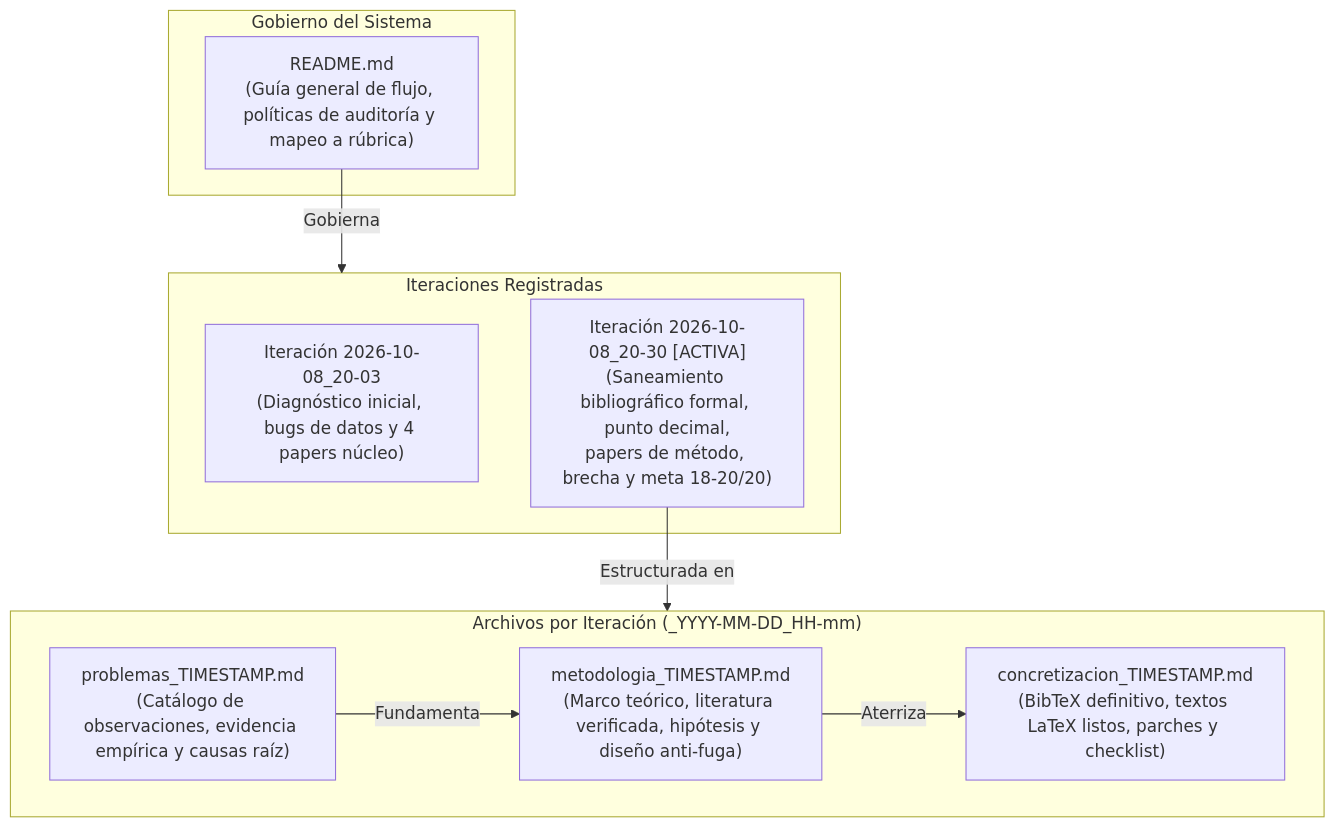
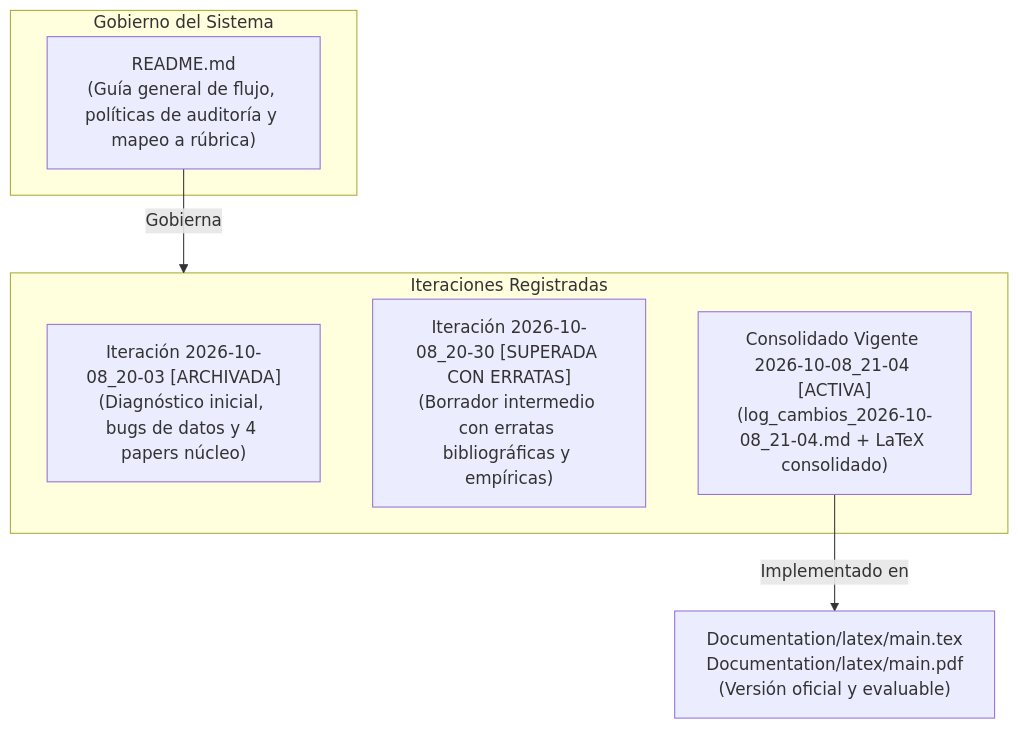
The diagram in Documentation/Observaciones a levantar/README.md (Ga3lAE/IA-Tarea-Academica), drawn with Mermaid before and after one commit. The commit also changed other lines of this file and 3 other files, not shown here.

````diff
--- a/Documentation/Observaciones a levantar/README.md
+++ b/Documentation/Observaciones a levantar/README.md
@@ -11,22 +11,15 @@
 ```mermaid
 flowchart TD
     subgraph Marco["Gobierno del Sistema"]
         R["README.md\n(Guía general de flujo, políticas de auditoría y mapeo a rúbrica)"]
     end
 
     subgraph Historial["Iteraciones Registradas"]
-        I1["Iteración 2026-10-08_20-03\n(Diagnóstico inicial, bugs de datos y 4 papers núcleo)"]
-        I2["Iteración 2026-10-08_20-30 [ACTIVA]\n(Saneamiento bibliográfico formal, punto decimal,\npapers de método, brecha y meta 18-20/20)"]
-    end
-
-    subgraph Componentes["Archivos por Iteración (_YYYY-MM-DD_HH-mm)"]
-        P["problemas_TIMESTAMP.md\n(Catálogo de observaciones, evidencia empírica y causas raíz)"]
-        M["metodologia_TIMESTAMP.md\n(Marco teórico, literatura verificada, hipótesis y diseño anti-fuga)"]
-        C["concretizacion_TIMESTAMP.md\n(BibTeX definitivo, textos LaTeX listos, parches y checklist)"]
+        I1["Iteración 2026-10-08_20-03 [ARCHIVADA]\n(Diagnóstico inicial, bugs de datos y 4 papers núcleo)"]
+        I2["Iteración 2026-10-08_20-30 [SUPERADA CON ERRATAS]\n(Borrador intermedio con erratas bibliográficas y empíricas)"]
+        I3["Consolidado Vigente 2026-10-08_21-04 [ACTIVA]\n(log_cambios_2026-10-08_21-04.md + LaTeX consolidado)"]
     end
 
     R -->|Gobierna| Historial
-    I2 -->|Estructurada en| Componentes
-    P -->|Fundamenta| M
-    M -->|Aterriza| C
+    I3 -->|Implementado en| DOCS["Documentation/latex/main.tex\nDocumentation/latex/main.pdf\n(Versión oficial y evaluable)"]
 ```
````
